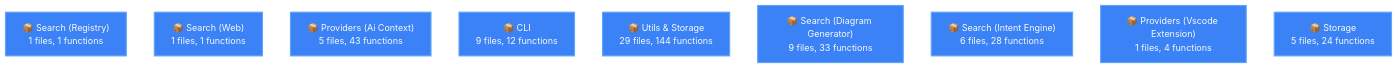
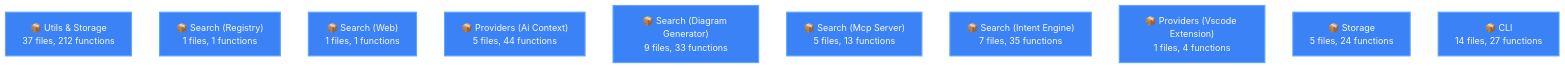
Before and after one commit to Ansh-dhanani/mikk: the diagram in .mikk/diagrams/main.mmd, drawn with Mermaid. The commit also changed 47 other files, not shown here.

Commit message:
feat: Introduce new CLI commands, core parsing and contract logic, MCP server, AI context, and diagram generation infrastructure.

```diff
--- a/.mikk/diagrams/main.mmd
+++ b/.mikk/diagrams/main.mmd
@@ -1,24 +1,26 @@
 %%{init: {"theme": "base", "themeVariables": {"primaryColor": "#1e293b", "primaryTextColor": "#e2e8f0", "lineColor": "#64748b", "secondaryColor": "#334155", "tertiaryColor": "#475569", "background": "#0f172a", "mainBkg": "#1e293b", "nodeBorder": "#475569"}}}%%
 graph TD
 
+    packages_core["📦 Utils & Storage<br/>37 files, 212 functions"]
     apps_registry["📦 Search (Registry)<br/>1 files, 1 functions"]
     apps_web["📦 Search (Web)<br/>1 files, 1 functions"]
-    packages_ai_context["📦 Providers (Ai Context)<br/>5 files, 43 functions"]
-    packages_cli["📦 CLI<br/>9 files, 12 functions"]
-    packages_core["📦 Utils & Storage<br/>29 files, 144 functions"]
+    packages_ai_context["📦 Providers (Ai Context)<br/>5 files, 44 functions"]
     packages_diagram_generator["📦 Search (Diagram Generator)<br/>9 files, 33 functions"]
-    packages_intent_engine["📦 Search (Intent Engine)<br/>6 files, 28 functions"]
+    packages_mcp_server["📦 Search (Mcp Server)<br/>5 files, 13 functions"]
+    packages_intent_engine["📦 Search (Intent Engine)<br/>7 files, 35 functions"]
     packages_vscode_extension["📦 Providers (Vscode Extension)<br/>1 files, 4 functions"]
     packages_watcher["📦 Storage<br/>5 files, 24 functions"]
+    packages_cli["📦 CLI<br/>14 files, 27 functions"]
 
 
     classDef module fill:#3b82f6,stroke:#60a5fa,color:#f8fafc,stroke-width:2px
+    class packages_core module
     class apps_registry module
     class apps_web module
     class packages_ai_context module
-    class packages_cli module
-    class packages_core module
     class packages_diagram_generator module
+    class packages_mcp_server module
     class packages_intent_engine module
     class packages_vscode_extension module
     class packages_watcher module
+    class packages_cli module
```
